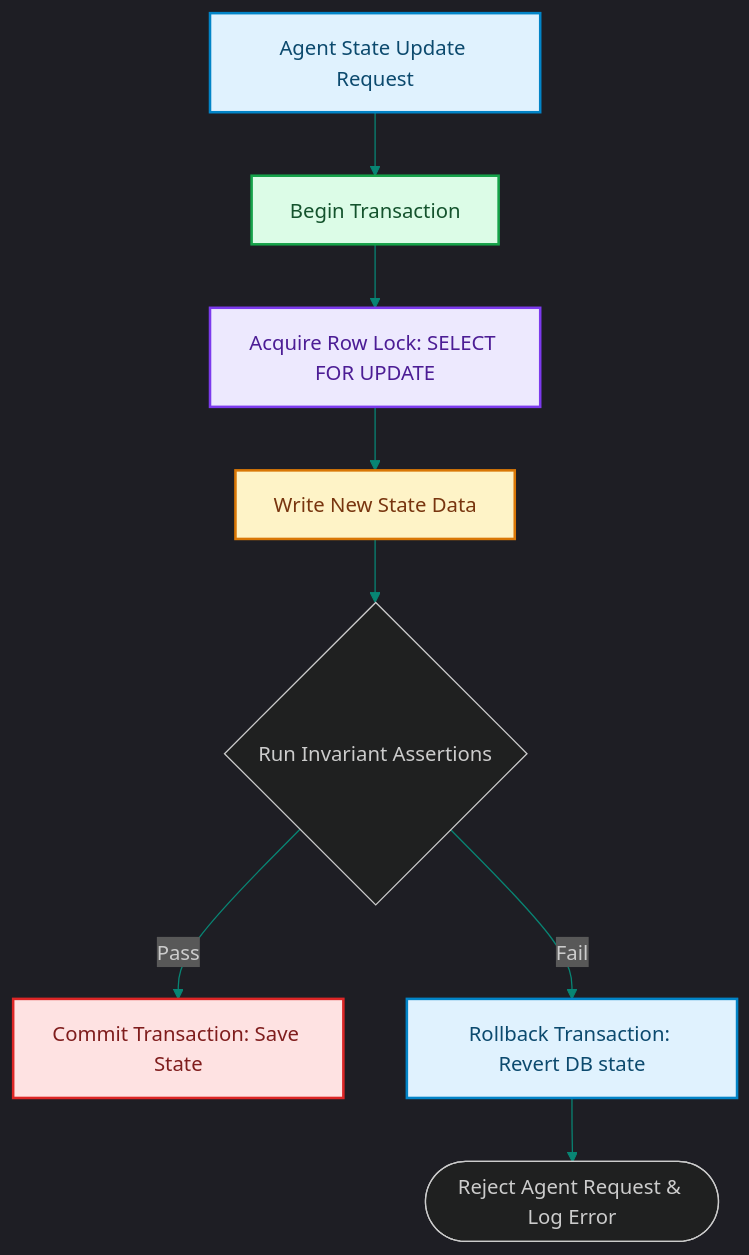
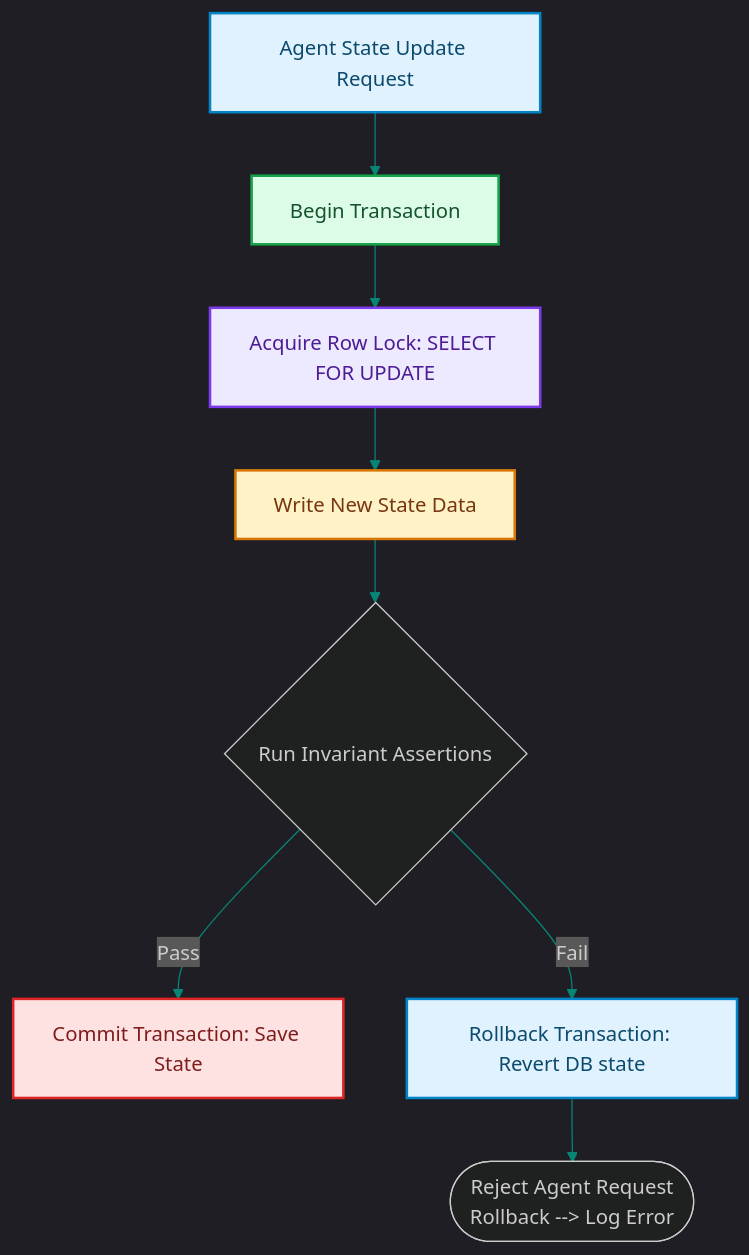
Before and after one commit to akmalkhaniub/akmalkhaniub.github.io: the diagram in blog/posts/system-design-state-invariants-logic-assertions.md, drawn with Mermaid. The commit also changed other lines of this file and 894 other files, not shown here.

Commit message:
feat(blog): upgrade all 444 posts with unique staggered dates, 2-col Mermaid spines, benchmark tables, code blocks, and trade-offs

````diff
--- a/blog/posts/system-design-state-invariants-logic-assertions.md
+++ b/blog/posts/system-design-state-invariants-logic-assertions.md
@@ -17,24 +17,25 @@
 ```mermaid
 %%{init: {'theme': 'dark', 'themeVariables': { 'primaryColor': '#088574', 'primaryTextColor': '#f3f4f6', 'primaryBorderColor': '#0db49b', 'lineColor': '#088574', 'secondaryColor': '#111827', 'tertiaryColor': '#0b0f19'}}}%%
 flowchart TD
     Agent["Agent State Update Request"] --> Begin["Begin Transaction"]
     Begin --> Select["Acquire Row Lock: SELECT FOR UPDATE"]
     Select --> Write["Write New State Data"]
     Write --> InvariantCheck{Run Invariant Assertions}
     
     InvariantCheck -->|Pass| Commit["Commit Transaction: Save State"]
     InvariantCheck -->|Fail| Rollback["Rollback Transaction: Revert DB state"]
     
-    Rollback --> Reject([Reject Agent Request & Log Error])
+    Rollback --> Reject([Reject Agent Request
+    Rollback --> Log Error])
 
 classDef green fill:#dcfce7,stroke:#16a34a,stroke-width:2px,color:#14532d;
 classDef red fill:#fee2e2,stroke:#dc2626,stroke-width:2px,color:#7f1d1d;
 classDef blue fill:#e0f2fe,stroke:#0284c7,stroke-width:2px,color:#0c4a6e;
 classDef yellow fill:#fef3c7,stroke:#d97706,stroke-width:2px,color:#78350f;
 classDef purple fill:#ede9fe,stroke:#7c3aed,stroke-width:2px,color:#4c1d95;
 class Agent,Rollback blue
 class Begin green
 class Select purple
 class Write yellow
 class Commit red
 ```
````
